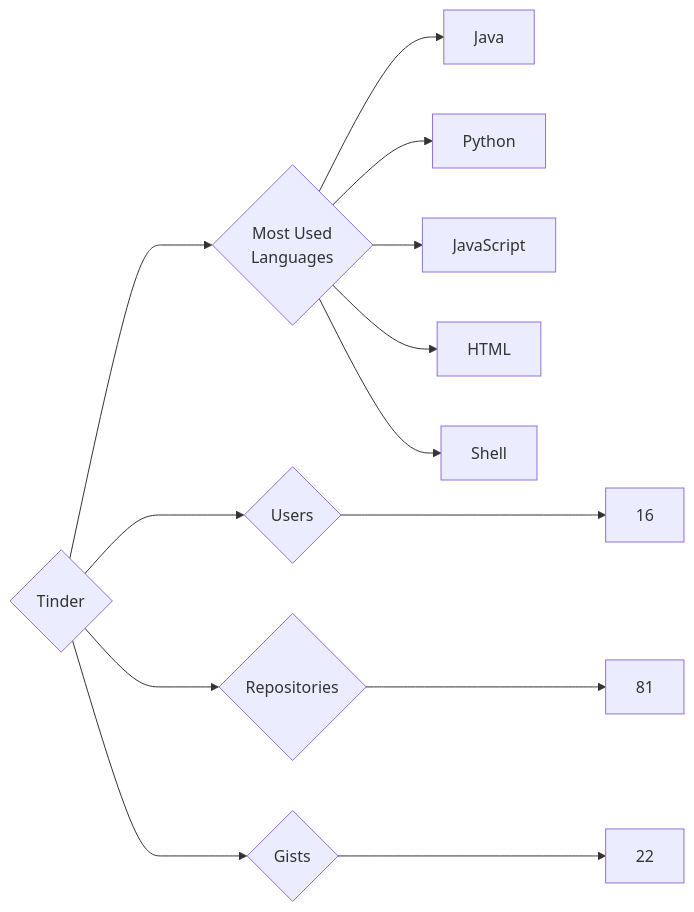
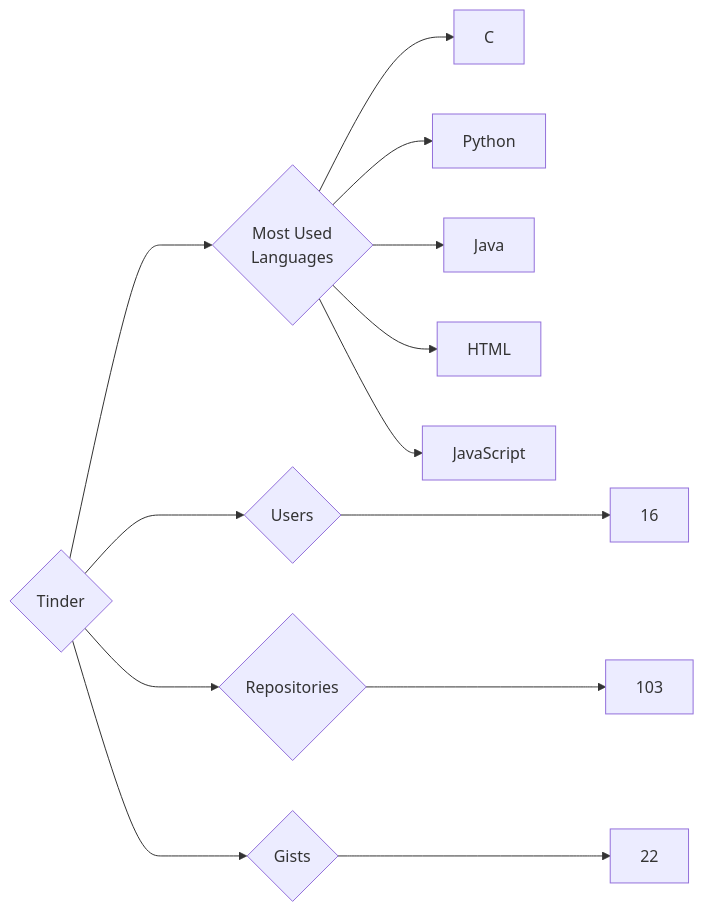
The diagram in targets/Tinder/README.md (trickest/insiders), drawn with Mermaid before and after one commit. The commit also changed 681 other files, not shown here.

````diff
--- a/targets/Tinder/README.md
+++ b/targets/Tinder/README.md
@@ -3,13 +3,13 @@
 ```mermaid
 graph LR
 COMPANY_NAME{Tinder}
 COMPANY_NAME ---> U{Users} ---> UN[16]
-COMPANY_NAME ---> R{Repositories} ---> RN[81]
+COMPANY_NAME ---> R{Repositories} ---> RN[103]
 COMPANY_NAME ---> G{Gists} ---> GN[22]
 COMPANY_NAME ---> ML{Most Used<br>Languages}
+ML --> C[C]
+ML --> Python[Python]
 ML --> Java[Java]
-ML --> Python[Python]
+ML --> HTML[HTML]
 ML --> JavaScript[JavaScript]
-ML --> HTML[HTML]
-ML --> Shell[Shell]
 ```
````
